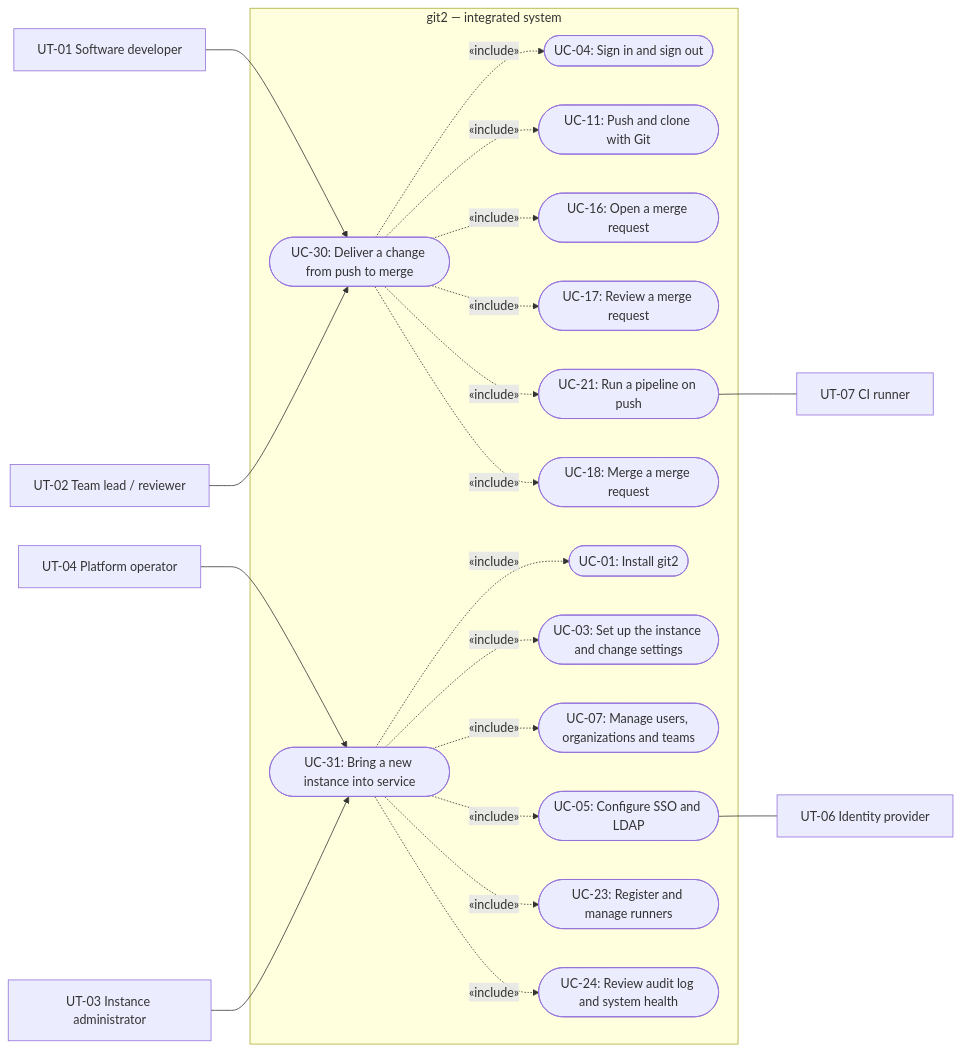
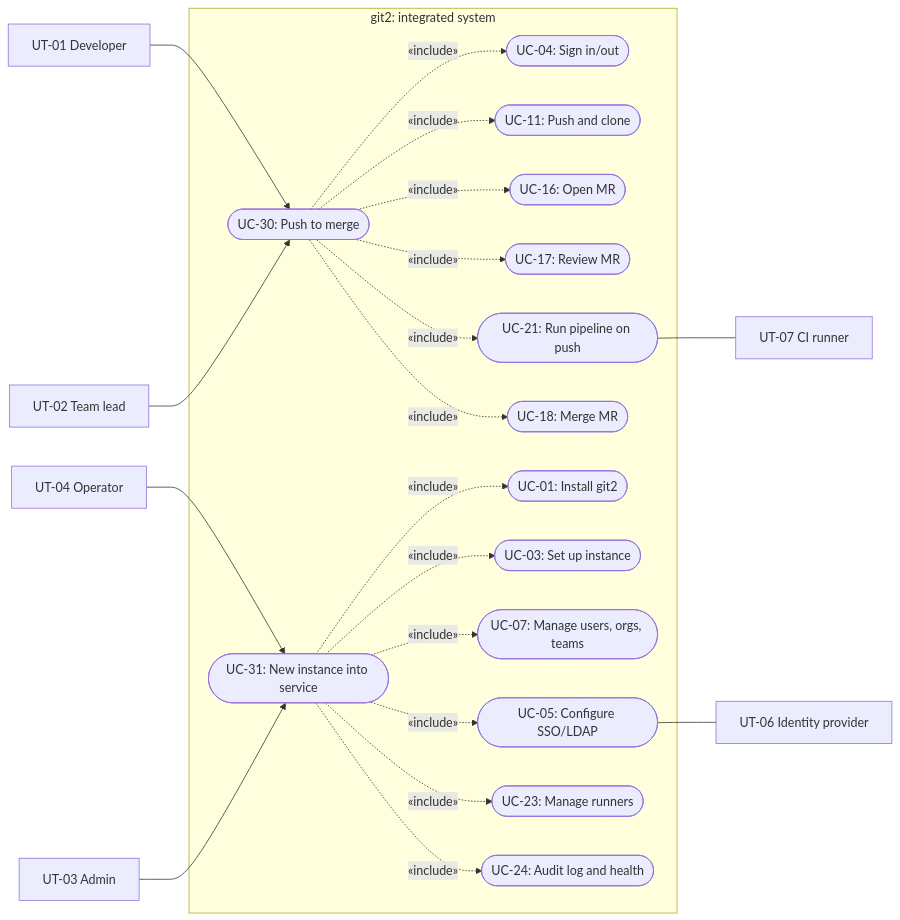
Diagram 13 of 13 in docs/project_docs/to_customer/RequirementsSpecification.md (git2-project/git2), drawn with Mermaid before and after one commit. The commit also changed other lines of this file, not shown here.

First line of the commit message:
docs(req-spec): bring the reviewed Spec from PR #33 to dev/main

````diff
--- a/docs/project_docs/to_customer/RequirementsSpecification.md
+++ b/docs/project_docs/to_customer/RequirementsSpecification.md
@@ -1012,45 +847,35 @@
 ```mermaid
 flowchart LR
-    Dev["UT-01 Software developer"]
-    Lead["UT-02 Team lead / reviewer"]
-    Admin["UT-03 Instance administrator"]
-    Ops["UT-04 Platform operator"]
+    Dev["UT-01 Developer"]
+    Lead["UT-02 Team lead"]
+    Admin["UT-03 Admin"]
+    Ops["UT-04 Operator"]
     Runner["UT-07 CI runner"]
     IdP["UT-06 Identity provider"]
 
-    subgraph System["git2 — integrated system"]
-        UC30(["UC-30: Deliver a change from push to merge"])
-        UC31(["UC-31: Bring a new instance into service"])
-        UC04(["UC-04: Sign in and sign out"])
-        UC11(["UC-11: Push and clone with Git"])
-        UC16(["UC-16: Open a merge request"])
-        UC17(["UC-17: Review a merge request"])
-        UC21(["UC-21: Run a pipeline on push"])
-        UC18(["UC-18: Merge a merge request"])
+    subgraph System["git2: integrated system"]
+        UC30(["UC-30: Push to merge"])
+        UC31(["UC-31: New instance into service"])
+        UC04(["UC-04: Sign in/out"])
+        UC11(["UC-11: Push and clone"])
+        UC16(["UC-16: Open MR"])
+        UC17(["UC-17: Review MR"])
+        UC21(["UC-21: Run pipeline on push"])
+        UC18(["UC-18: Merge MR"])
         UC01(["UC-01: Install git2"])
-        UC03(["UC-03: Set up the instance and change settings"])
-        UC07(["UC-07: Manage users, organizations and teams"])
-        UC05(["UC-05: Configure SSO and LDAP"])
-        UC23(["UC-23: Register and manage runners"])
-        UC24(["UC-24: Review audit log and system health"])
+        UC03(["UC-03: Set up instance"])
+        UC07(["UC-07: Manage users, orgs, teams"])
+        UC05(["UC-05: Configure SSO/LDAP"])
+        UC23(["UC-23: Manage runners"])
+        UC24(["UC-24: Audit log and health"])
     end
 
     Dev --> UC30
     Lead --> UC30
     Ops --> UC31
     Admin --> UC31
-    UC30 -.->|«include»| UC04
-    UC30 -.->|«include»| UC11
-    UC30 -.->|«include»| UC21
-    UC30 -.->|«include»| UC16
-    UC30 -.->|«include»| UC17
-    UC30 -.->|«include»| UC18
-    UC31 -.->|«include»| UC01
-    UC31 -.->|«include»| UC03
-    UC31 -.->|«include»| UC07
-    UC31 -.->|«include»| UC05
-    UC31 -.->|«include»| UC23
-    UC31 -.->|«include»| UC24
+    UC30 -.->|«include»| UC04 & UC11 & UC21 & UC16 & UC17 & UC18
+    UC31 -.->|«include»| UC01 & UC03 & UC07 & UC05 & UC23 & UC24
     UC21 --- Runner
     UC05 --- IdP
 ```
````
